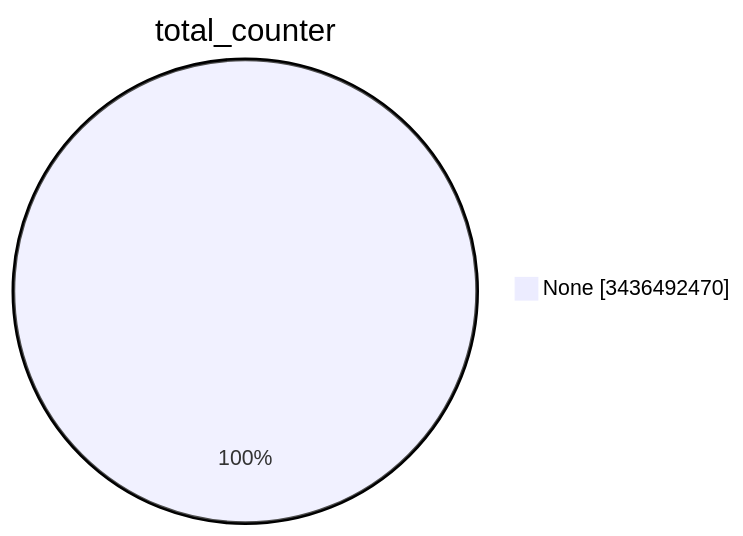
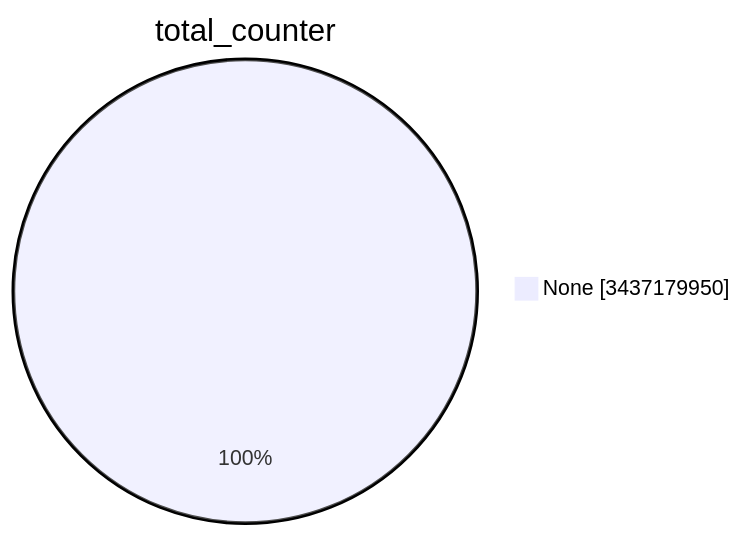
Before and after one commit to christiankrug/ctmonitor_visualization: the first of 15 diagrams in TOTAL/README.md, drawn with Mermaid. The commit also changed other lines of this file, not shown here.

````diff
--- a/TOTAL/README.md
+++ b/TOTAL/README.md
@@ -1,5 +1,5 @@
 ```mermaid
 pie showData
 title total_counter
-"None" :3436492470
+"None" :3437179950
 ```
````
